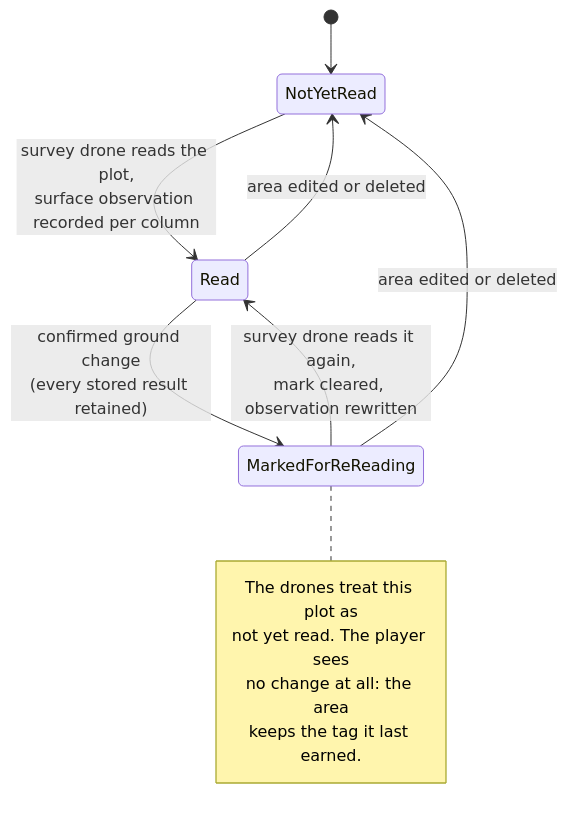
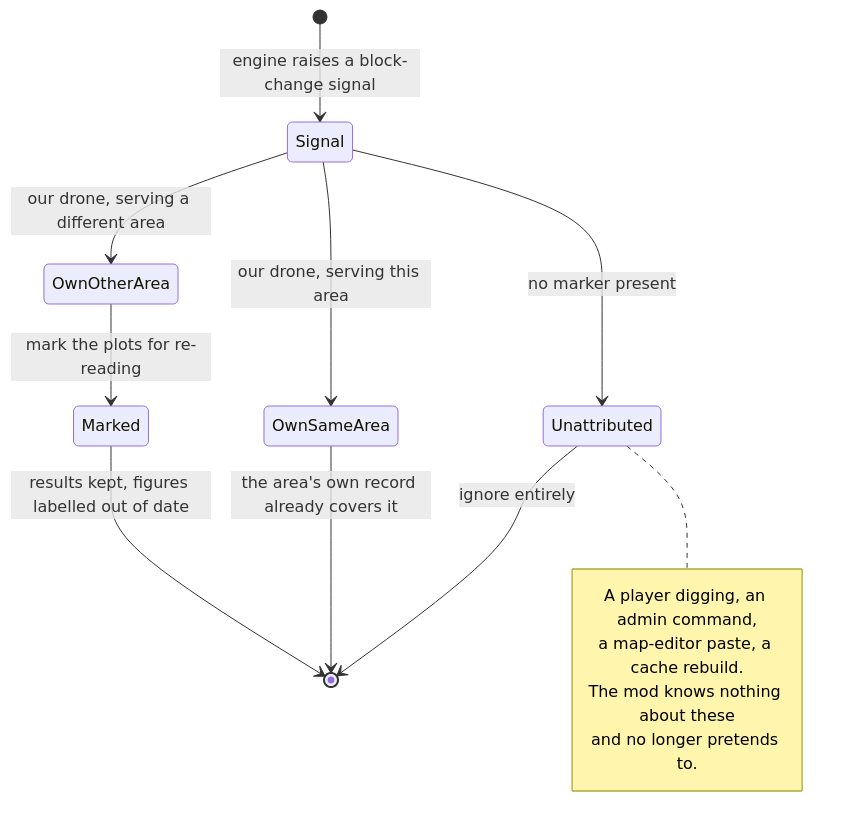
One commit to iuriguilherme/Eco-Mod-Advanced-Electronics changed the second of 2 diagrams in docs/plans/2026-09-04-1431-fix-ground-change-on-dock-tick-plan.md. Above: the diagram before and after it, drawn with Mermaid. The commit also changed other lines of this file and 1 other file, not shown here.

First line of the commit message:
docs(plans): narrow the ground-change listener instead of watching the world

````diff
--- a/docs/plans/2026-09-04-1431-fix-ground-change-on-dock-tick-plan.md
+++ b/docs/plans/2026-09-04-1431-fix-ground-change-on-dock-tick-plan.md
@@ -305,15 +291,17 @@
 ```mermaid
 stateDiagram-v2
-  [*] --> NotYetRead
-  NotYetRead --> Read: survey drone reads the plot,<br/>surface observation recorded per column
-  Read --> MarkedForReReading: confirmed ground change<br/>(every stored result retained)
-  MarkedForReReading --> Read: survey drone reads it again,<br/>mark cleared, observation rewritten
-  Read --> NotYetRead: area edited or deleted
-  MarkedForReReading --> NotYetRead: area edited or deleted
-  note right of MarkedForReReading
-    The drones treat this plot as
-    not yet read. The player sees
-    no change at all: the area
-    keeps the tag it last earned.
+  [*] --> Signal: engine raises a block-change signal
+  Signal --> Unattributed: no marker present
+  Signal --> OwnSameArea: our drone, serving this area
+  Signal --> OwnOtherArea: our drone, serving a different area
+  Unattributed --> [*]: ignore entirely
+  OwnSameArea --> [*]: the area's own record already covers it
+  OwnOtherArea --> Marked: mark the plots for re-reading
+  Marked --> [*]: results kept, figures labelled out of date
+  note right of Unattributed
+    A player digging, an admin command,
+    a map-editor paste, a cache rebuild.
+    The mod knows nothing about these
+    and no longer pretends to.
   end note
 ```
````
